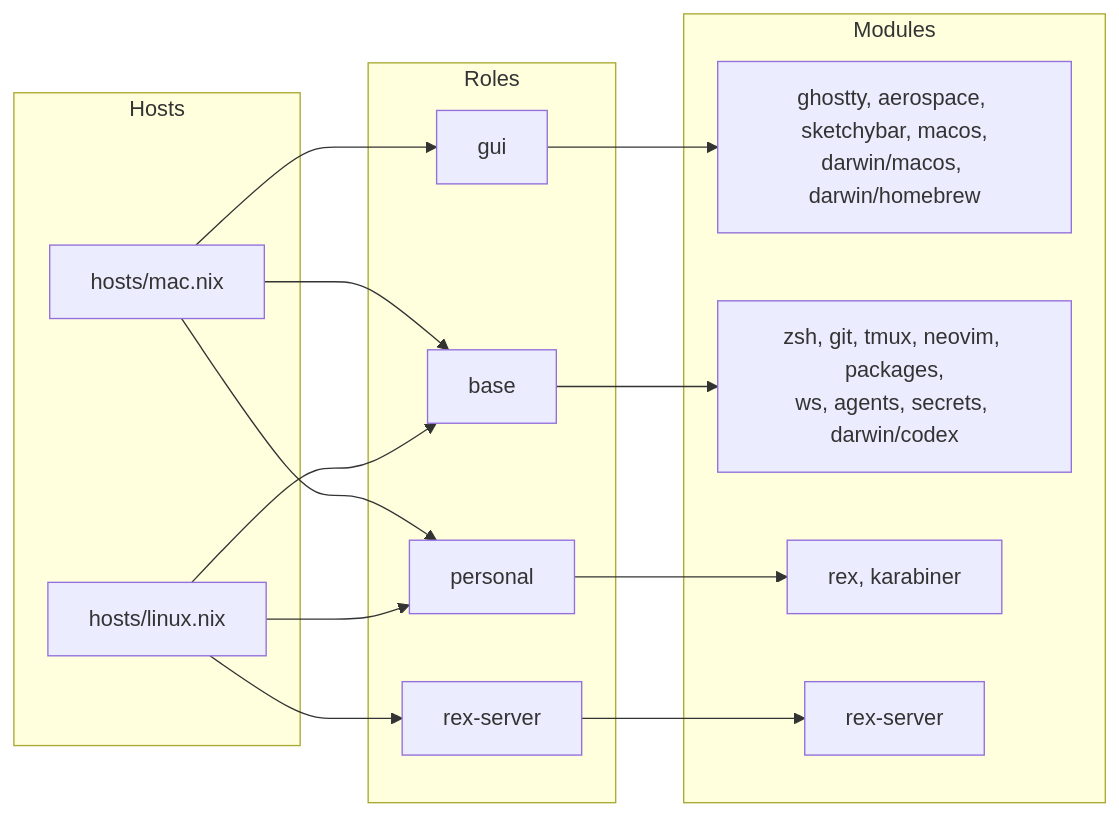
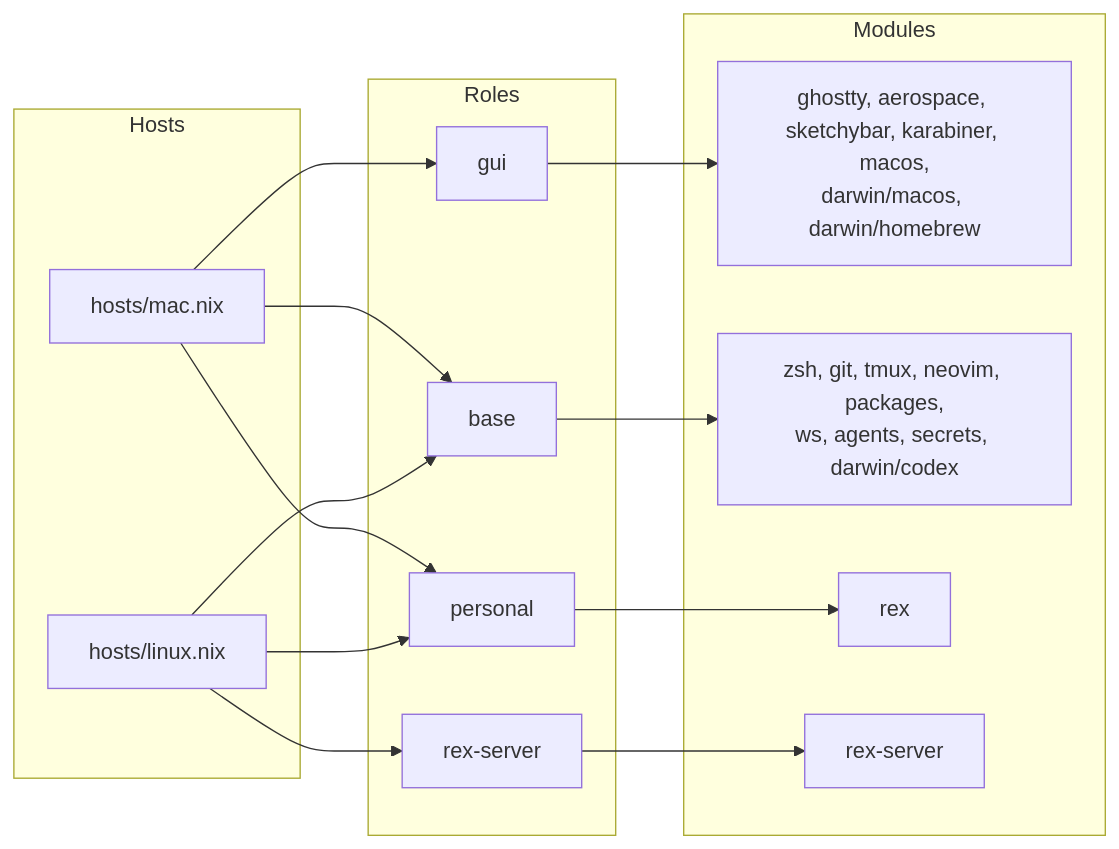
The diagram in docs/layout.md (RyanSaxe/dotfiles), drawn with Mermaid before and after one commit. The commit also changed other lines of this file and 3 other files, not shown here.

````diff
--- a/docs/layout.md
+++ b/docs/layout.md
@@ -13,25 +13,25 @@
 ```mermaid
 flowchart LR
   subgraph Hosts
     mac["hosts/mac.nix"]
     linux["hosts/linux.nix"]
   end
   subgraph Roles
     gui
     base
     personal
     rexServer["rex-server"]
   end
   subgraph Modules
-    guiModules["ghostty, aerospace, sketchybar, macos,<br>darwin/macos, darwin/homebrew"]
+    guiModules["ghostty, aerospace, sketchybar, karabiner, macos,<br>darwin/macos, darwin/homebrew"]
     baseModules["zsh, git, tmux, neovim, packages,<br>ws, agents, secrets, darwin/codex"]
-    personalModules["rex, karabiner"]
+    personalModules["rex"]
     rexServerModules["rex-server"]
   end
   mac --> base & gui & personal
   linux --> base & personal & rexServer
   gui --> guiModules
   base --> baseModules
   personal --> personalModules
   rexServer --> rexServerModules
 ```
````
